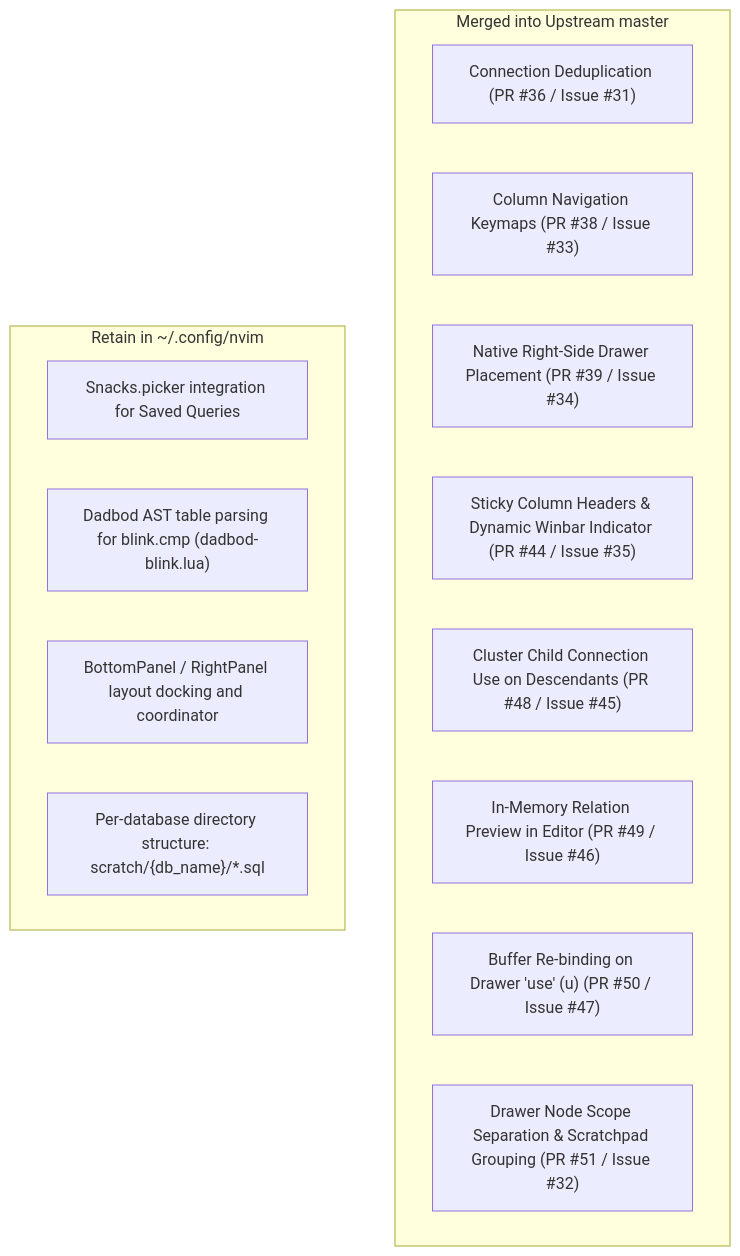
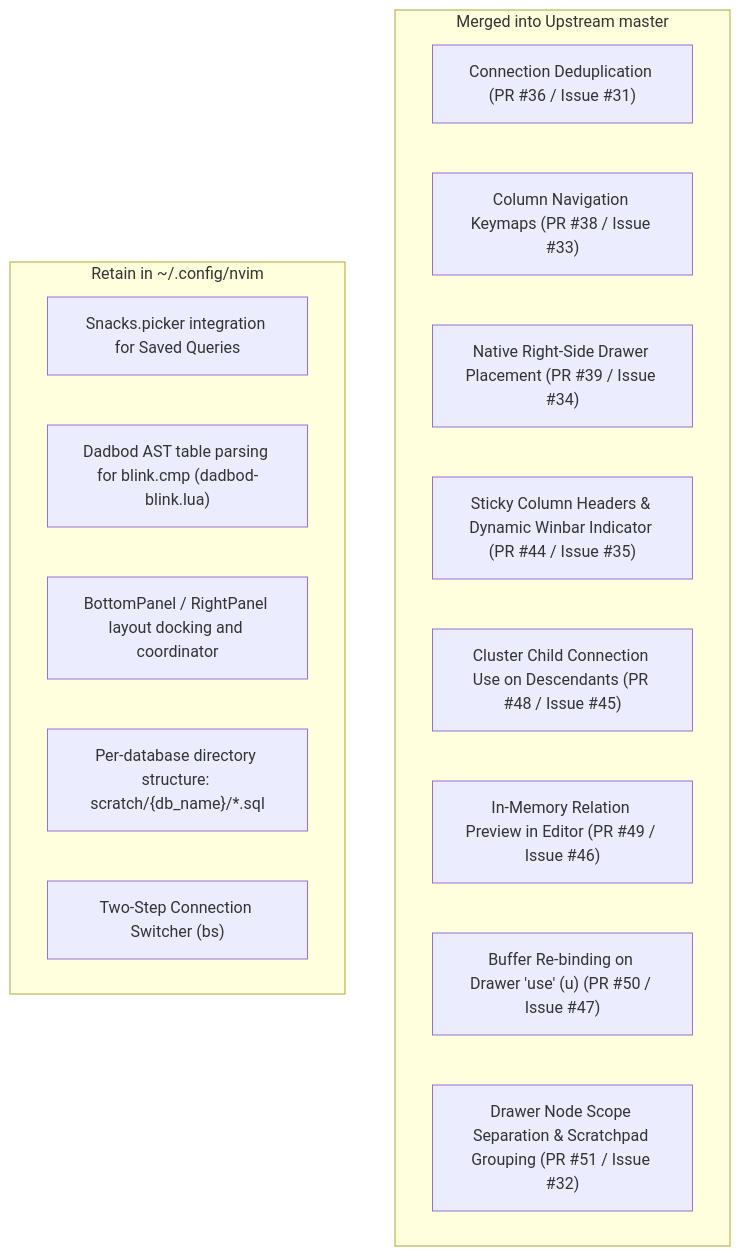
Before and after one commit to george-tk/nvim: the diagram in database_agent.md, drawn with Mermaid. The commit also changed other lines of this file and 1 other file, not shown here.

Commit message:
feat(db): support multi-db cluster switching with two-step picker (filed Issue #52)

````diff
--- a/database_agent.md
+++ b/database_agent.md
@@ -34,20 +34,21 @@
 ```mermaid
 flowchart TD
     subgraph Resolved Upstream [Merged into Upstream master]
         A["Connection Deduplication (PR #36 / Issue #31)"]
         C["Column Navigation Keymaps (PR #38 / Issue #33)"]
         I["Native Right-Side Drawer Placement (PR #39 / Issue #34)"]
         D["Sticky Column Headers & Dynamic Winbar Indicator (PR #44 / Issue #35)"]
         J["Cluster Child Connection Use on Descendants (PR #48 / Issue #45)"]
         K["In-Memory Relation Preview in Editor (PR #49 / Issue #46)"]
         L["Buffer Re-binding on Drawer 'use' (u) (PR #50 / Issue #47)"]
         B["Drawer Node Scope Separation & Scratchpad Grouping (PR #51 / Issue #32)"]
     end
 
     subgraph User Config Integrations [Retain in ~/.config/nvim]
         E["Snacks.picker integration for Saved Queries"]
         F["Dadbod AST table parsing for blink.cmp (dadbod-blink.lua)"]
         G["BottomPanel / RightPanel layout docking and coordinator"]
         H["Per-database directory structure: scratch/{db_name}/*.sql"]
+        M["Two-Step Connection Switcher (<leader>bs)"]
     end
 ```
````
